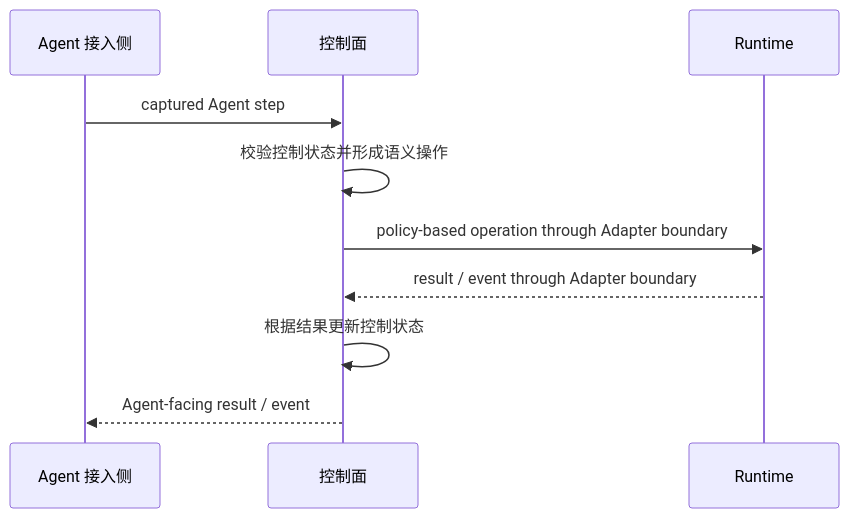
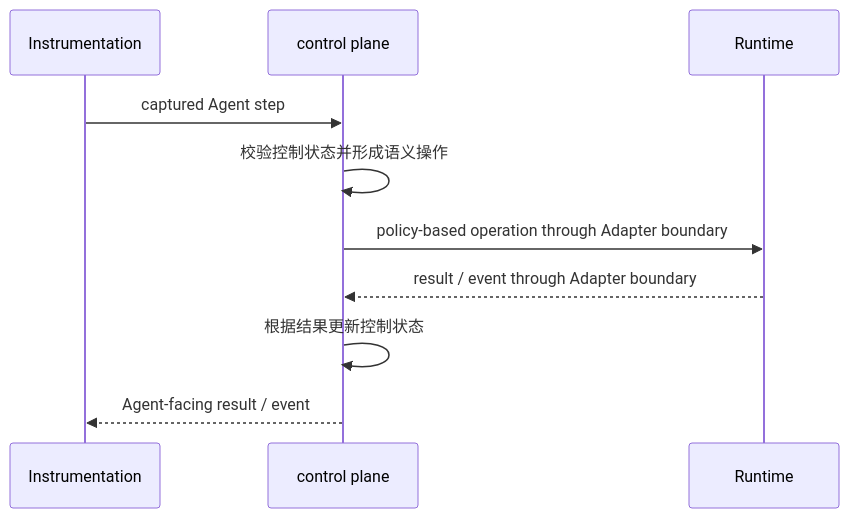
Before and after one commit to bettermultiply/AgentScout: the diagram in docs/architecture.md, drawn with Mermaid. The commit also changed other lines of this file and 100 other files, not shown here.

````diff
--- a/docs/architecture.md
+++ b/docs/architecture.md
@@ -45,13 +45,13 @@
 ```mermaid
 sequenceDiagram
-    participant A as Agent 接入侧
-    participant C as 控制面
+    participant A as Instrumentation
+    participant C as control plane
     participant R as Runtime
 
     A->>C: captured Agent step
     C->>C: 校验控制状态并形成语义操作
     C->>R: policy-based operation through Adapter boundary
     R-->>C: result / event through Adapter boundary
     C->>C: 根据结果更新控制状态
     C-->>A: Agent-facing result / event
 ```
````
